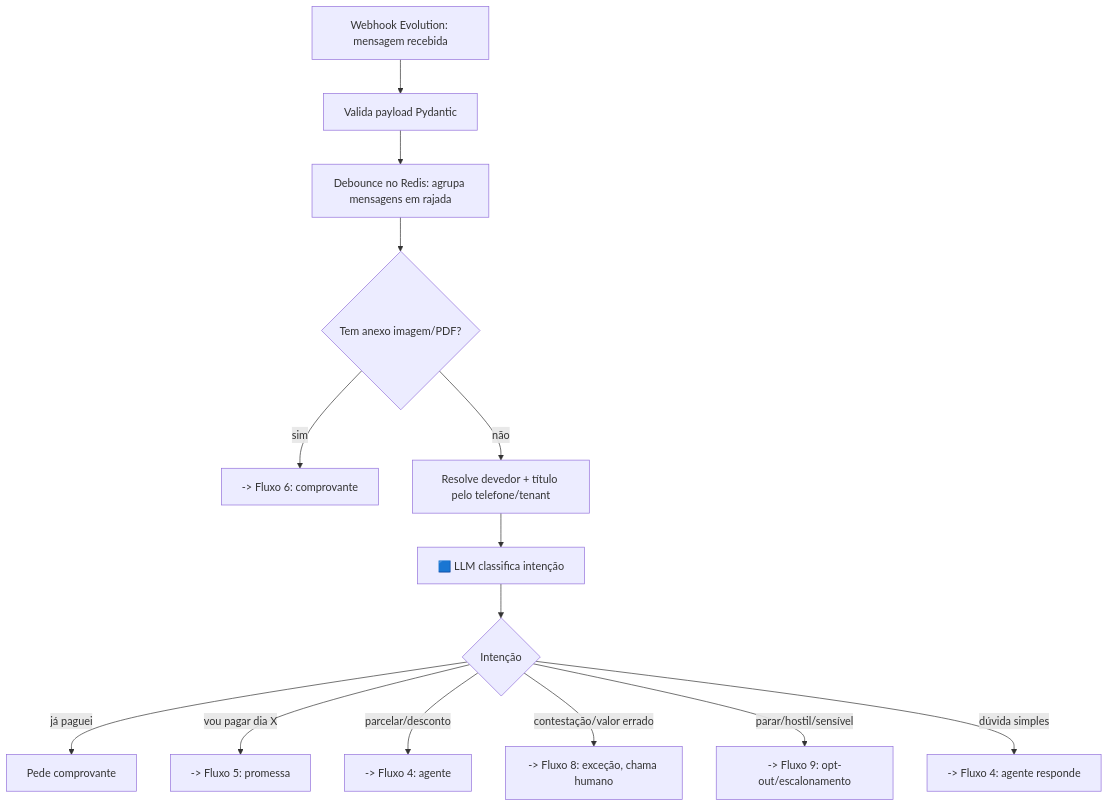
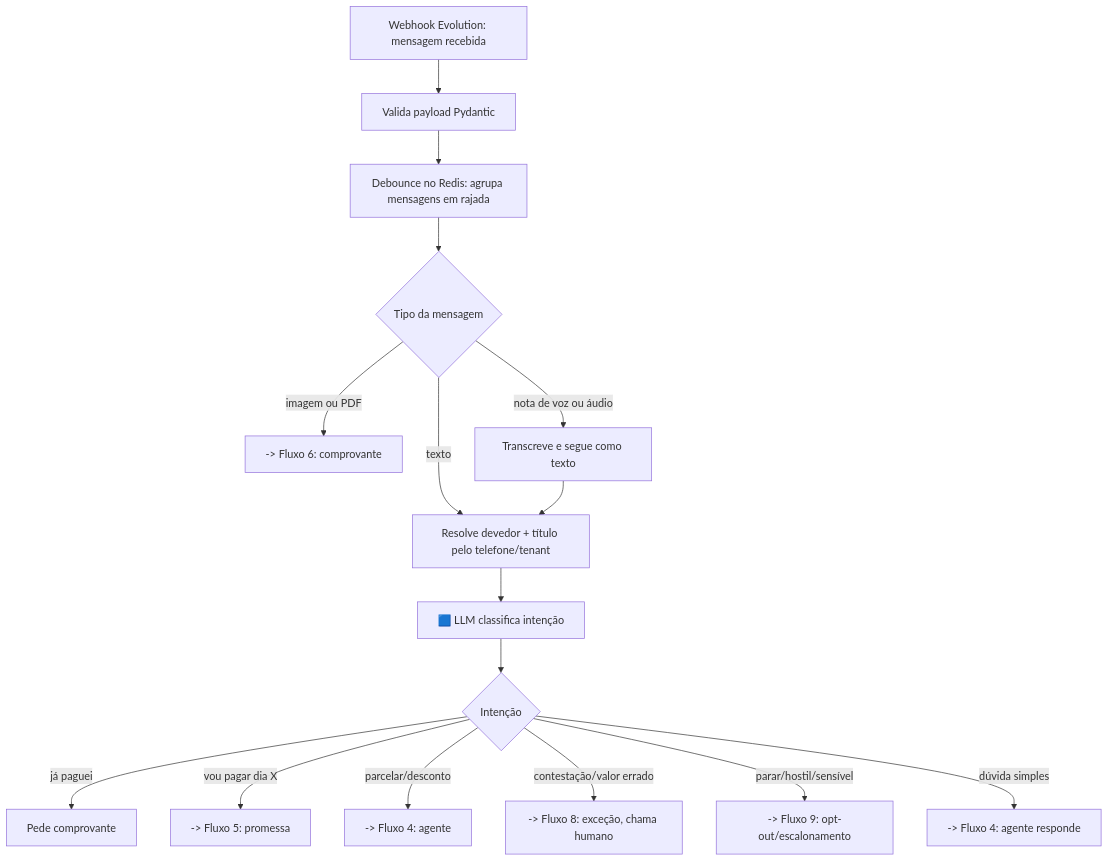
The fifth of 13 diagrams in FLUXOS.md (faelsou/settlr), drawn with Mermaid before and after one commit. The commit also changed other lines of this file and 21 other files, not shown here.

````diff
--- a/FLUXOS.md
+++ b/FLUXOS.md
@@ -233,16 +220,18 @@
 ```mermaid
 flowchart TD
     A[Webhook Evolution: mensagem recebida] --> B[Valida payload Pydantic]
     B --> C[Debounce no Redis: agrupa mensagens em rajada]
-    C --> D{Tem anexo imagem/PDF?}
-    D -->|sim| R[-> Fluxo 6: comprovante]
-    D -->|não| E[Resolve devedor + título pelo telefone/tenant]
+    C --> D{Tipo da mensagem}
+    D -->|imagem ou PDF| R[-> Fluxo 6: comprovante]
+    D -->|nota de voz ou áudio| V[Transcreve e segue como texto]
+    D -->|texto| E[Resolve devedor + título pelo telefone/tenant]
+    V --> E
     E --> F[🟦 LLM classifica intenção]
     F --> G{Intenção}
     G -->|já paguei| P1[Pede comprovante]
     G -->|vou pagar dia X| P2[-> Fluxo 5: promessa]
     G -->|parcelar/desconto| P3[-> Fluxo 4: agente]
     G -->|contestação/valor errado| P4[-> Fluxo 8: exceção, chama humano]
     G -->|parar/hostil/sensível| P5[-> Fluxo 9: opt-out/escalonamento]
     G -->|dúvida simples| P6[-> Fluxo 4: agente responde]
 ```
````
